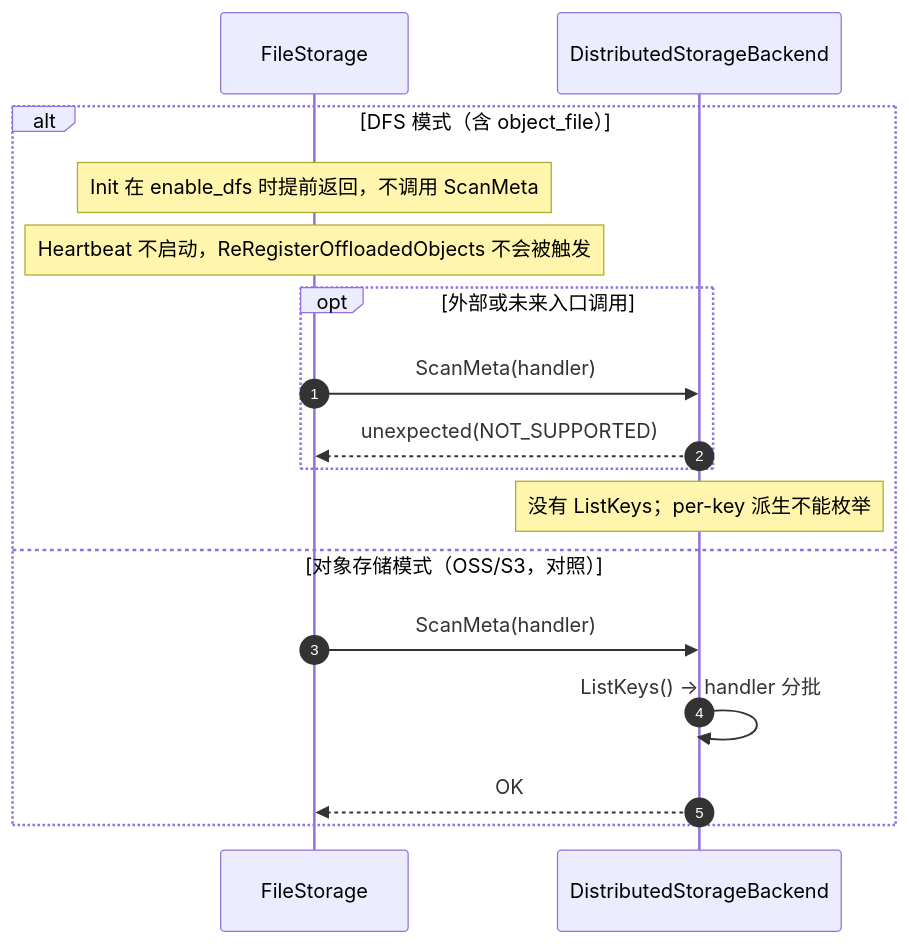
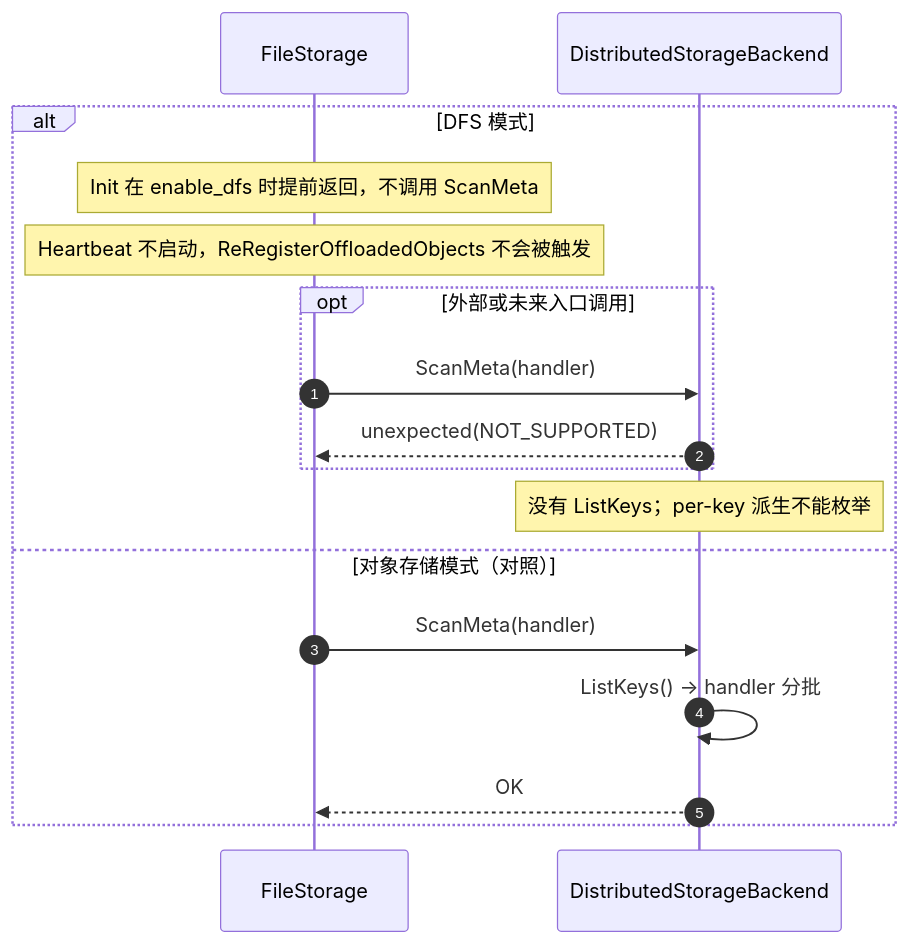
The tenth of 10 diagrams in asu-dfs-per-object-file-design.md (zwj20000328-dotcom/Mooncake-documents), drawn with Mermaid before and after one commit. The commit also changed other lines of this file, not shown here.

Commit message:
modified:   asu-dfs-per-object-file-design.md

````diff
--- a/asu-dfs-per-object-file-design.md
+++ b/asu-dfs-per-object-file-design.md
@@ -854,20 +523,20 @@
 ```mermaid
 sequenceDiagram
     autonumber
     participant FS as FileStorage
     participant BE as DistributedStorageBackend
 
-    alt DFS 模式（含 object_file）
+    alt DFS 模式
         Note over FS: Init 在 enable_dfs 时提前返回，不调用 ScanMeta
         Note over FS: Heartbeat 不启动，ReRegisterOffloadedObjects 不会被触发
         opt 外部或未来入口调用
             FS->>BE: ScanMeta(handler)
             BE-->>FS: unexpected(NOT_SUPPORTED)
         end
         Note over BE: 没有 ListKeys；per-key 派生不能枚举
-    else 对象存储模式（OSS/S3，对照）
+    else 对象存储模式（对照）
         FS->>BE: ScanMeta(handler)
         BE->>BE: ListKeys() → handler 分批
         BE-->>FS: OK
     end
 ```
````
